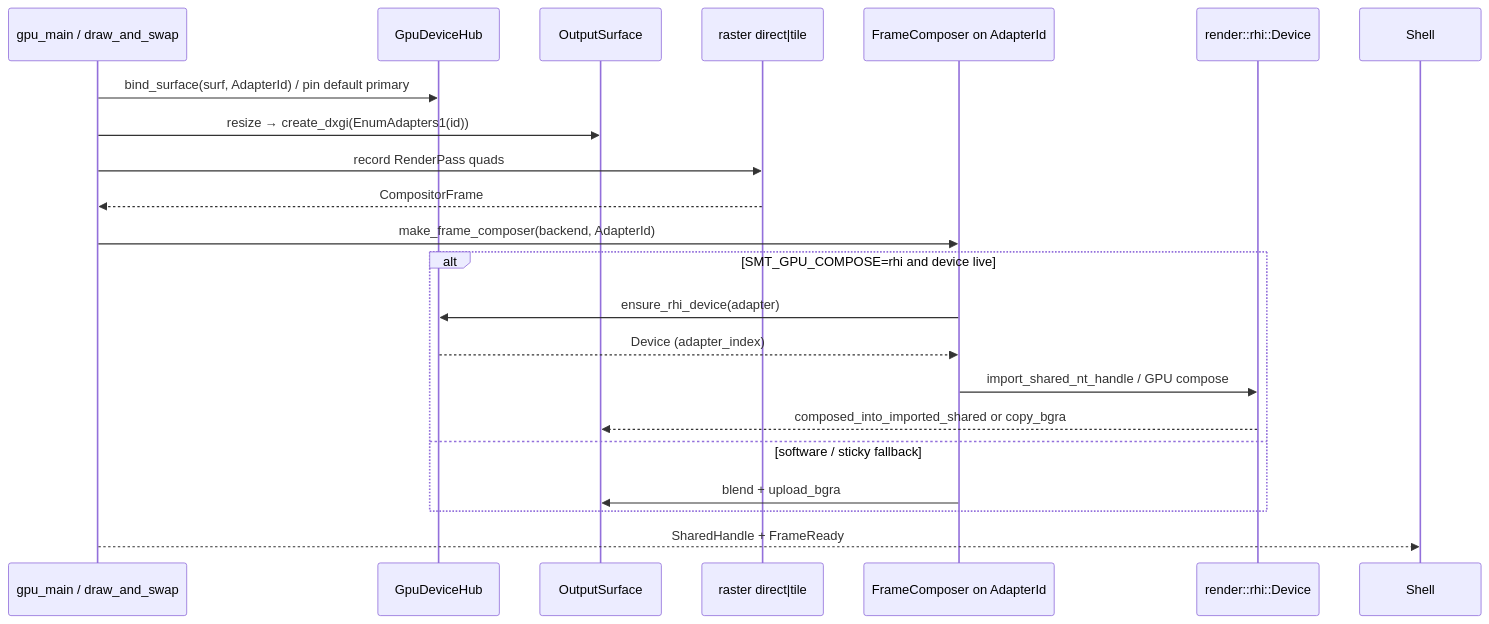
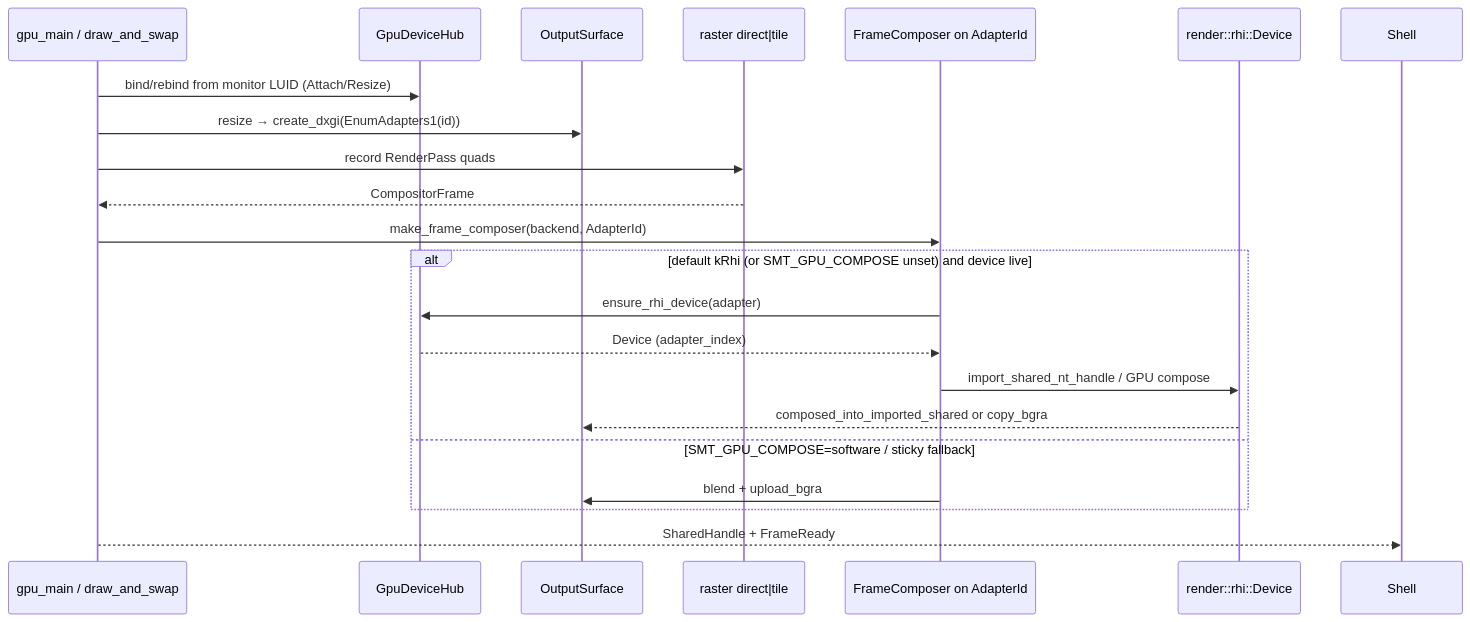
One commit to jsccl1988/smartgis changed the fifth of 5 diagrams in src/gpu/README.md. Above: the diagram before and after it, drawn with Mermaid. The commit also changed other lines of this file and 1182 other files, not shown here.

````diff
--- a/src/gpu/README.md
+++ b/src/gpu/README.md
@@ -186,24 +201,24 @@
 ```mermaid
 sequenceDiagram
   participant Main as gpu_main / draw_and_swap
   participant Hub as GpuDeviceHub
   participant Surf as OutputSurface
   participant Raster as raster direct|tile
   participant Comp as FrameComposer on AdapterId
   participant RHI as render::rhi::Device
 
-  Main->>Hub: bind_surface(surf, AdapterId) / pin default primary
+  Main->>Hub: bind/rebind from monitor LUID (Attach/Resize)
   Main->>Surf: resize → create_dxgi(EnumAdapters1(id))
   Main->>Raster: record RenderPass quads
   Raster-->>Main: CompositorFrame
   Main->>Comp: make_frame_composer(backend, AdapterId)
-  alt SMT_GPU_COMPOSE=rhi and device live
+  alt default kRhi (or SMT_GPU_COMPOSE unset) and device live
     Comp->>Hub: ensure_rhi_device(adapter)
     Hub-->>Comp: Device (adapter_index)
     Comp->>RHI: import_shared_nt_handle / GPU compose
     RHI-->>Surf: composed_into_imported_shared or copy_bgra
-  else software / sticky fallback
+  else SMT_GPU_COMPOSE=software / sticky fallback
     Comp->>Surf: blend + upload_bgra
   end
   Main-->>Shell: SharedHandle + FrameReady
 ```
````
